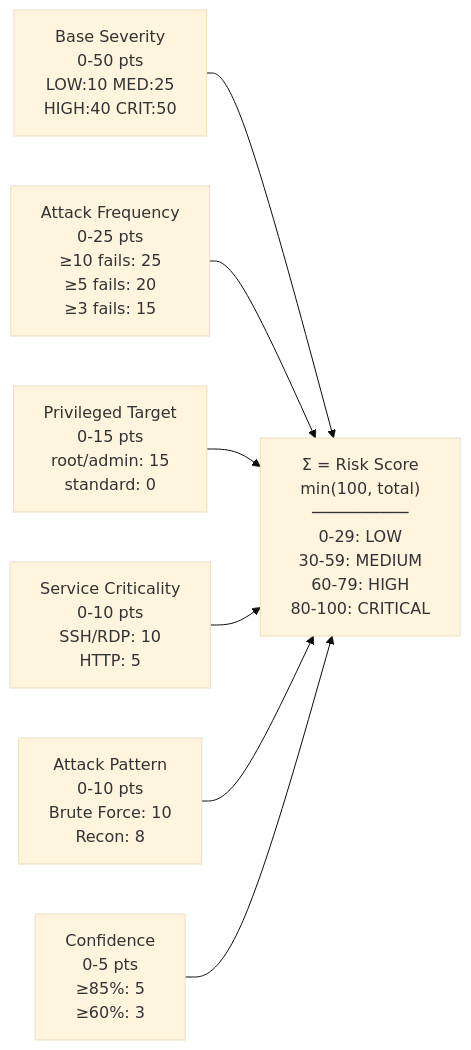
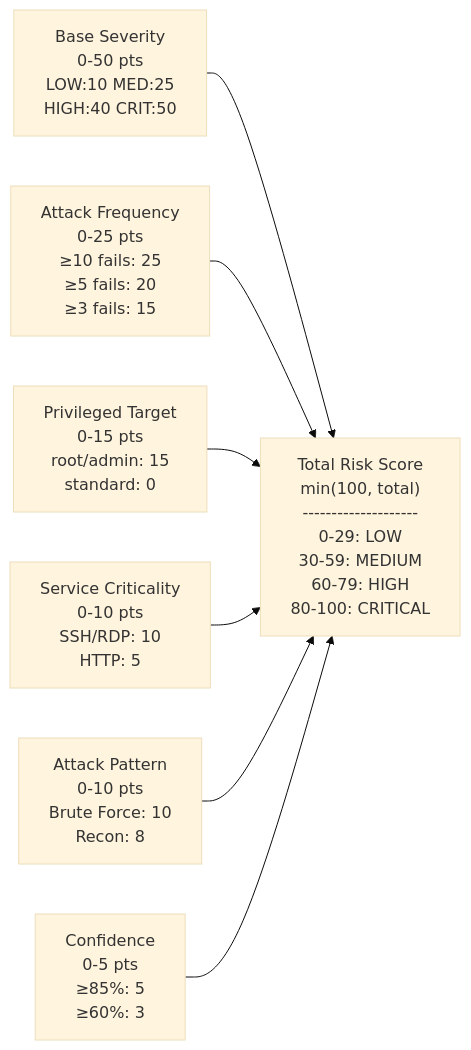
The fourth of 5 diagrams in README.md (himanshu9330/k), drawn with Mermaid (base theme) before and after one commit. The commit also changed other lines of this file, not shown here.

Commit message:
fix(docs): resolve CDATA parser issue, polish hero banner, anchors, and Mermaid diagram compatibility

````diff
--- a/README.md
+++ b/README.md
@@ -246,16 +254,16 @@
 ```mermaid
 graph LR
     B["Base Severity<br/>0-50 pts<br/>LOW:10 MED:25<br/>HIGH:40 CRIT:50"]
     F["Attack Frequency<br/>0-25 pts<br/>≥10 fails: 25<br/>≥5 fails: 20<br/>≥3 fails: 15"]
     P["Privileged Target<br/>0-15 pts<br/>root/admin: 15<br/>standard: 0"]
     S["Service Criticality<br/>0-10 pts<br/>SSH/RDP: 10<br/>HTTP: 5"]
     T["Attack Pattern<br/>0-10 pts<br/>Brute Force: 10<br/>Recon: 8"]
     C["Confidence<br/>0-5 pts<br/>≥85%: 5<br/>≥60%: 3"]
 
-    B --> SUM["Σ = Risk Score<br/>min(100, total)<br/>──────────<br/>0-29: LOW<br/>30-59: MEDIUM<br/>60-79: HIGH<br/>80-100: CRITICAL"]
+    B --> SUM["Total Risk Score<br/>min(100, total)<br/>--------------------<br/>0-29: LOW<br/>30-59: MEDIUM<br/>60-79: HIGH<br/>80-100: CRITICAL"]
     F --> SUM
     P --> SUM
     S --> SUM
     T --> SUM
     C --> SUM
 ```
````
